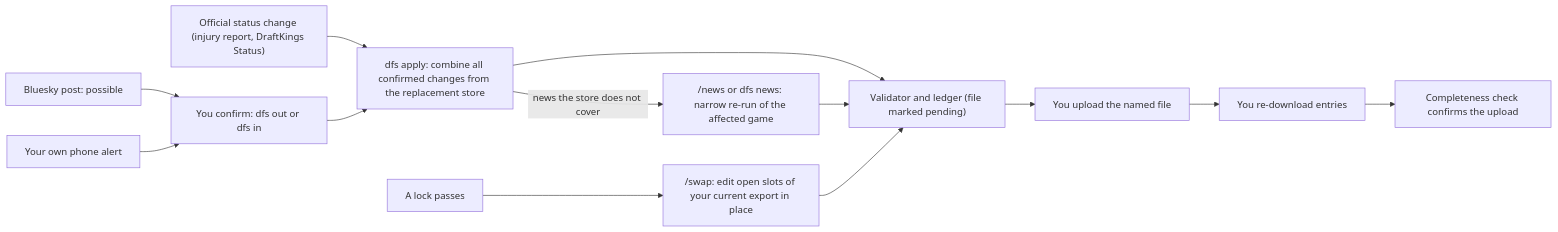
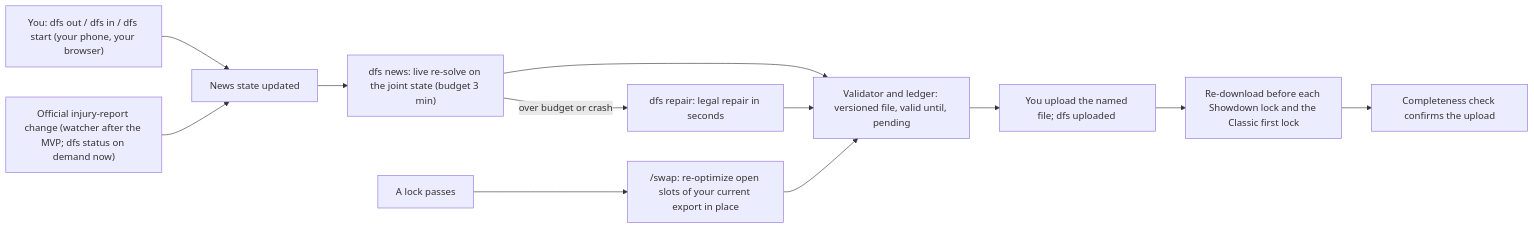
Before and after one commit to bleeski/nba-dfs: the second of 3 diagrams in docs/ARCHITECTURE.md, drawn with Mermaid. The commit also changed other lines of this file and 40 other files, not shown here.

````diff
--- a/docs/ARCHITECTURE.md
+++ b/docs/ARCHITECTURE.md
@@ -250,15 +247,14 @@
 ```mermaid
 flowchart LR
-    OFF["Official status change (injury report, DraftKings Status)"] --> AP["dfs apply: combine all confirmed changes from the replacement store"]
-    BSK["Bluesky post: possible"] --> YOU["You confirm: dfs out or dfs in"]
-    PH["Your own phone alert"] --> YOU
-    YOU --> AP
-    AP --> V["Validator and ledger (file marked pending)"]
-    V --> U1["You upload the named file"]
-    U1 --> RD["You re-download entries"]
+    YOU["You: dfs out / dfs in / dfs start (your phone, your browser)"] --> NS["News state updated"]
+    OFF["Official injury-report change (watcher after the MVP; dfs status on demand now)"] --> NS
+    NS --> RS["dfs news: live re-solve on the joint state (budget 3 min)"]
+    RS -->|over budget or crash| RP["dfs repair: legal repair in seconds"]
+    RS --> V["Validator and ledger: versioned file, valid until, pending"]
+    RP --> V
+    V --> U1["You upload the named file; dfs uploaded <file>"]
+    U1 --> RD["Re-download before each Showdown lock and the Classic first lock"]
     RD --> CK["Completeness check confirms the upload"]
-    AP -->|news the store does not cover| NW["/news or dfs news: narrow re-run of the affected game"]
-    NW --> V
-    L["A lock passes"] --> SW["/swap: edit open slots of your current export in place"]
+    L["A lock passes"] --> SW["/swap: re-optimize open slots of your current export in place"]
     SW --> V
 ```
````
